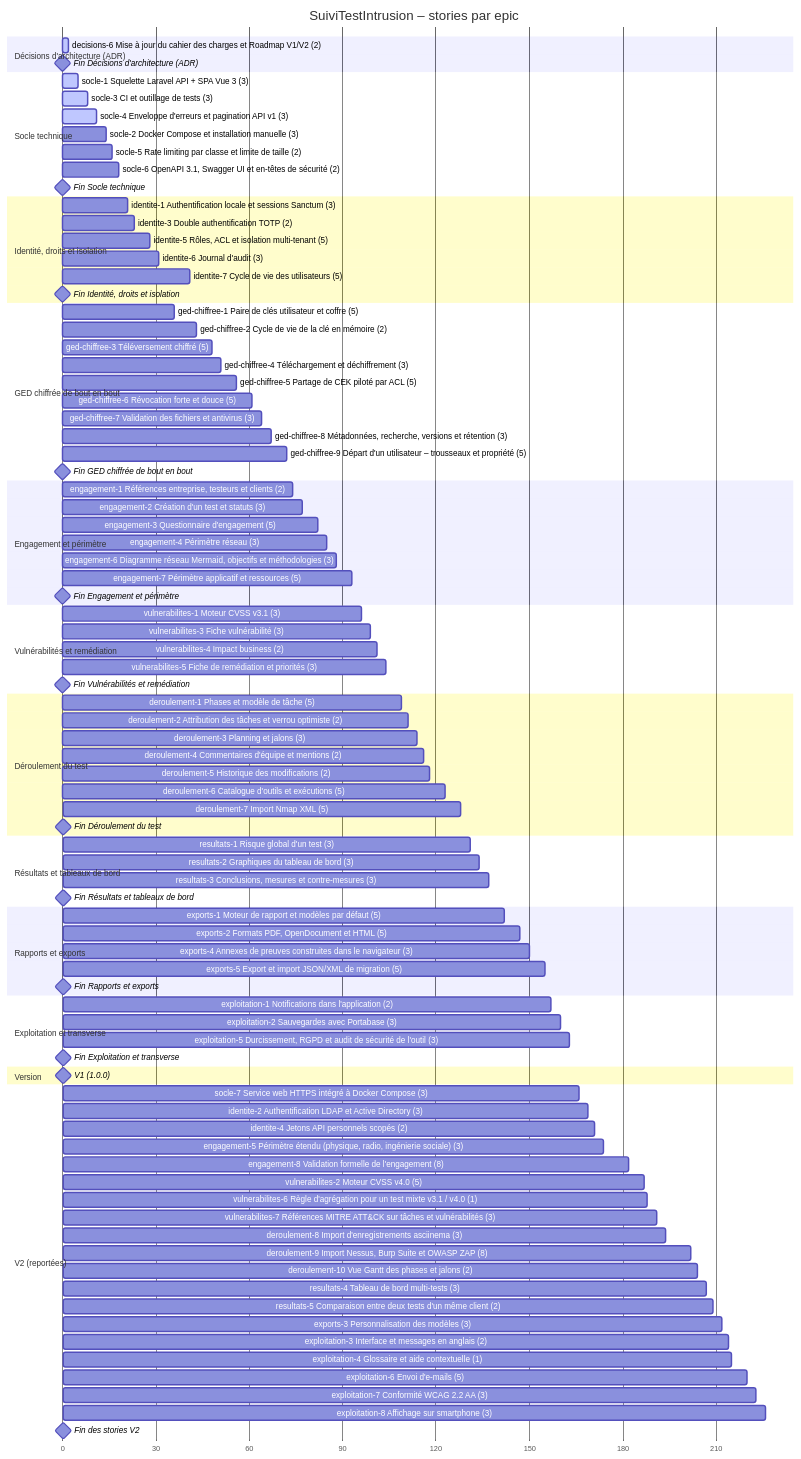
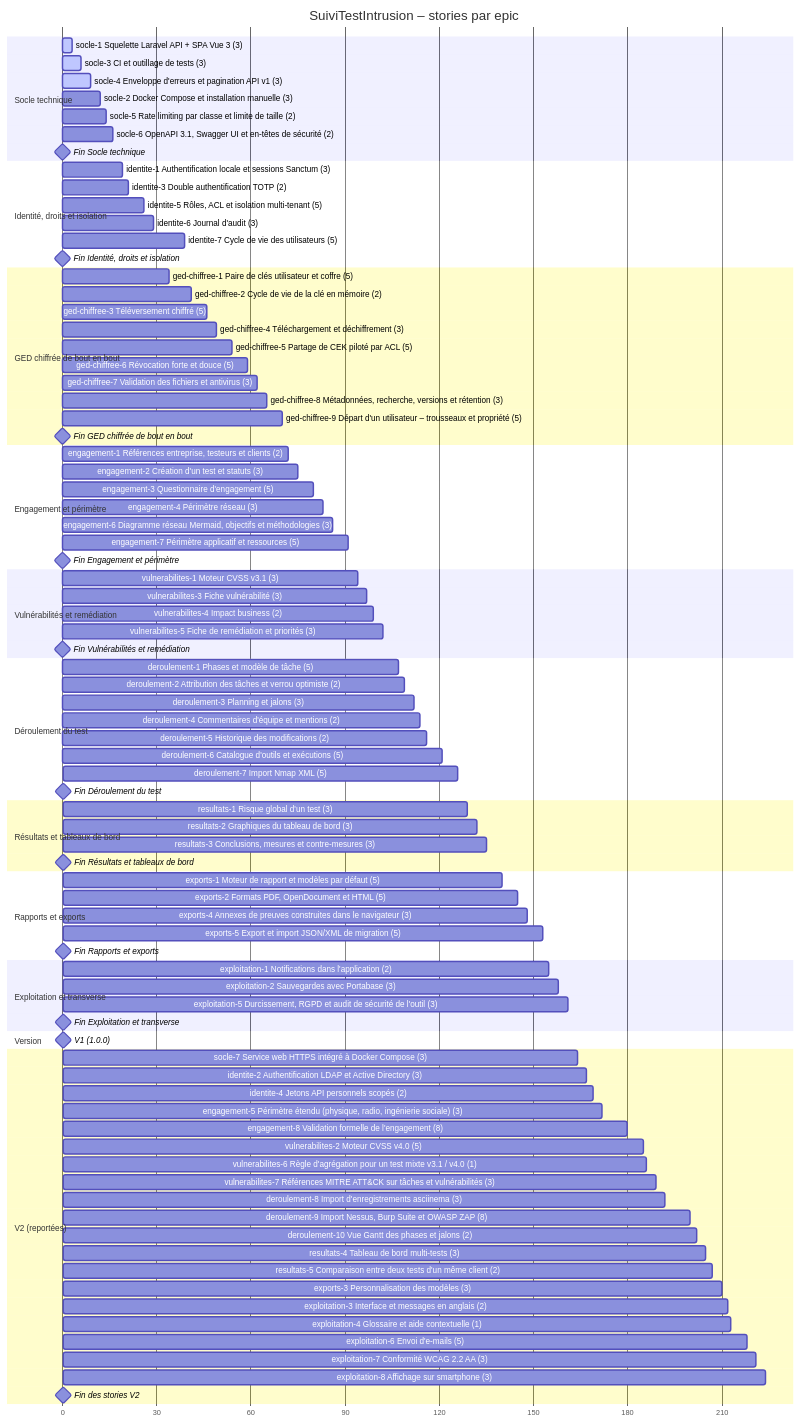
Before and after one commit to ILPlais/SuiviTestIntrusion: the second of 2 diagrams in docs/20-29 Développement/22 Planification/22.01 Planification du développement.md, drawn with Mermaid. The commit also changed other lines of this file and 5 other files, not shown here.

````diff
--- a/docs/20-29 Développement/22 Planification/22.01 Planification du développement.md
+++ b/docs/20-29 Développement/22 Planification/22.01 Planification du développement.md
@@ -76,95 +75,92 @@
     title SuiviTestIntrusion – stories par epic
     dateFormat X
     axisFormat %s
-    section Décisions d'architecture (ADR)
-    decisions-6 Mise à jour du cahier des charges et Roadmap V1/V2 (2) :active, decisions_6, 0, 2
-    Fin Décisions d'architecture (ADR) :milestone, m_decisions, 2, 0d
     section Socle technique
-    socle-1 Squelette Laravel API + SPA Vue 3 (3) :active, socle_1, 2, 5
-    socle-3 CI et outillage de tests (3) :active, socle_3, 5, 8
-    socle-4 Enveloppe d'erreurs et pagination API v1 (3) :active, socle_4, 8, 11
-    socle-2 Docker Compose et installation manuelle (3) :socle_2, 11, 14
-    socle-5 Rate limiting par classe et limite de taille (2) :socle_5, 14, 16
-    socle-6 OpenAPI 3.1, Swagger UI et en-têtes de sécurité (2) :socle_6, 16, 18
-    Fin Socle technique :milestone, m_socle, 18, 0d
+    socle-1 Squelette Laravel API + SPA Vue 3 (3) :active, socle_1, 0, 3
+    socle-3 CI et outillage de tests (3) :active, socle_3, 3, 6
+    socle-4 Enveloppe d'erreurs et pagination API v1 (3) :active, socle_4, 6, 9
+    socle-2 Docker Compose et installation manuelle (3) :socle_2, 9, 12
+    socle-5 Rate limiting par classe et limite de taille (2) :socle_5, 12, 14
+    socle-6 OpenAPI 3.1, Swagger UI et en-têtes de sécurité (2) :socle_6, 14, 16
+    Fin Socle technique :milestone, m_socle, 16, 0d
     section Identité, droits et isolation
-    identite-1 Authentification locale et sessions Sanctum (3) :identite_1, 18, 21
-    identite-3 Double authentification TOTP (2) :identite_3, 21, 23
-    identite-5 Rôles, ACL et isolation multi-tenant (5) :identite_5, 23, 28
-    identite-6 Journal d'audit (3) :identite_6, 28, 31
-    identite-7 Cycle de vie des utilisateurs (5) :identite_7, 36, 41
-    Fin Identité, droits et isolation :milestone, m_identite, 41, 0d
+    identite-1 Authentification locale et sessions Sanctum (3) :identite_1, 16, 19
+    identite-3 Double authentification TOTP (2) :identite_3, 19, 21
+    identite-5 Rôles, ACL et isolation multi-tenant (5) :identite_5, 21, 26
+    identite-6 Journal d'audit (3) :identite_6, 26, 29
+    identite-7 Cycle de vie des utilisateurs (5) :identite_7, 34, 39
+    Fin Identité, droits et isolation :milestone, m_identite, 39, 0d
     section GED chiffrée de bout en bout
-    ged-chiffree-1 Paire de clés utilisateur et coffre (5) :ged_chiffree_1, 31, 36
-    ged-chiffree-2 Cycle de vie de la clé en mémoire (2) :ged_chiffree_2, 41, 43
-    ged-chiffree-3 Téléversement chiffré (5) :ged_chiffree_3, 43, 48
-    ged-chiffree-4 Téléchargement et déchiffrement (3) :ged_chiffree_4, 48, 51
-    ged-chiffree-5 Partage de CEK piloté par ACL (5) :ged_chiffree_5, 51, 56
-    ged-chiffree-6 Révocation forte et douce (5) :ged_chiffree_6, 56, 61
-    ged-chiffree-7 Validation des fichiers et antivirus (3) :ged_chiffree_7, 61, 64
-    ged-chiffree-8 Métadonnées, recherche, versions et rétention (3) :ged_chiffree_8, 64, 67
-    ged-chiffree-9 Départ d'un utilisateur – trousseaux et propriété (5) :ged_chiffree_9, 67, 72
-    Fin GED chiffrée de bout en bout :milestone, m_ged_chiffree, 72, 0d
+    ged-chiffree-1 Paire de clés utilisateur et coffre (5) :ged_chiffree_1, 29, 34
+    ged-chiffree-2 Cycle de vie de la clé en mémoire (2) :ged_chiffree_2, 39, 41
+    ged-chiffree-3 Téléversement chiffré (5) :ged_chiffree_3, 41, 46
+    ged-chiffree-4 Téléchargement et déchiffrement (3) :ged_chiffree_4, 46, 49
+    ged-chiffree-5 Partage de CEK piloté par ACL (5) :ged_chiffree_5, 49, 54
+    ged-chiffree-6 Révocation forte et douce (5) :ged_chiffree_6, 54, 59
+    ged-chiffree-7 Validation des fichiers et antivirus (3) :ged_chiffree_7, 59, 62
+    ged-chiffree-8 Métadonnées, recherche, versions et rétention (3) :ged_chiffree_8, 62, 65
+    ged-chiffree-9 Départ d'un utilisateur – trousseaux et propriété (5) :ged_chiffree_9, 65, 70
+    Fin GED chiffrée de bout en bout :milestone, m_ged_chiffree, 70, 0d
     section Engagement et périmètre
-    engagement-1 Références entreprise, testeurs et clients (2) :engagement_1, 72, 74
-    engagement-2 Création d'un test et statuts (3) :engagement_2, 74, 77
-    engagement-3 Questionnaire d'engagement (5) :engagement_3, 77, 82
-    engagement-4 Périmètre réseau (3) :engagement_4, 82, 85
-    engagement-6 Diagramme réseau Mermaid, objectifs et méthodologies (3) :engagement_6, 85, 88
-    engagement-7 Périmètre applicatif et ressources (5) :engagement_7, 88, 93
-    Fin Engagement et périmètre :milestone, m_engagement, 93, 0d
+    engagement-1 Références entreprise, testeurs et clients (2) :engagement_1, 70, 72
+    engagement-2 Création d'un test et statuts (3) :engagement_2, 72, 75
+    engagement-3 Questionnaire d'engagement (5) :engagement_3, 75, 80
+    engagement-4 Périmètre réseau (3) :engagement_4, 80, 83
+    engagement-6 Diagramme réseau Mermaid, objectifs et méthodologies (3) :engagement_6, 83, 86
+    engagement-7 Périmètre applicatif et ressources (5) :engagement_7, 86, 91
+    Fin Engagement et périmètre :milestone, m_engagement, 91, 0d
     section Vulnérabilités et remédiation
-    vulnerabilites-1 Moteur CVSS v3.1 (3) :vulnerabilites_1, 93, 96
-    vulnerabilites-3 Fiche vulnérabilité (3) :vulnerabilites_3, 96, 99
-    vulnerabilites-4 Impact business (2) :vulnerabilites_4, 99, 101
-    vulnerabilites-5 Fiche de remédiation et priorités (3) :vulnerabilites_5, 101, 104
-    Fin Vulnérabilités et remédiation :milestone, m_vulnerabilites, 104, 0d
+    vulnerabilites-1 Moteur CVSS v3.1 (3) :vulnerabilites_1, 91, 94
+    vulnerabilites-3 Fiche vulnérabilité (3) :vulnerabilites_3, 94, 97
+    vulnerabilites-4 Impact business (2) :vulnerabilites_4, 97, 99
+    vulnerabilites-5 Fiche de remédiation et priorités (3) :vulnerabilites_5, 99, 102
+    Fin Vulnérabilités et remédiation :milestone, m_vulnerabilites, 102, 0d
     section Déroulement du test
-    deroulement-1 Phases et modèle de tâche (5) :deroulement_1, 104, 109
-    deroulement-2 Attribution des tâches et verrou optimiste (2) :deroulement_2, 109, 111
-    deroulement-3 Planning et jalons (3) :deroulement_3, 111, 114
-    deroulement-4 Commentaires d'équipe et mentions (2) :deroulement_4, 114, 116
-    deroulement-5 Historique des modifications (2) :deroulement_5, 116, 118
-    deroulement-6 Catalogue d'outils et exécutions (5) :deroulement_6, 118, 123
-    deroulement-7 Import Nmap XML (5) :deroulement_7, 123, 128
-    Fin Déroulement du test :milestone, m_deroulement, 128, 0d
+    deroulement-1 Phases et modèle de tâche (5) :deroulement_1, 102, 107
+    deroulement-2 Attribution des tâches et verrou optimiste (2) :deroulement_2, 107, 109
+    deroulement-3 Planning et jalons (3) :deroulement_3, 109, 112
+    deroulement-4 Commentaires d'équipe et mentions (2) :deroulement_4, 112, 114
+    deroulement-5 Historique des modifications (2) :deroulement_5, 114, 116
+    deroulement-6 Catalogue d'outils et exécutions (5) :deroulement_6, 116, 121
+    deroulement-7 Import Nmap XML (5) :deroulement_7, 121, 126
+    Fin Déroulement du test :milestone, m_deroulement, 126, 0d
     section Résultats et tableaux de bord
-    resultats-1 Risque global d'un test (3) :resultats_1, 128, 131
-    resultats-2 Graphiques du tableau de bord (3) :resultats_2, 131, 134
-    resultats-3 Conclusions, mesures et contre-mesures (3) :resultats_3, 134, 137
-    Fin Résultats et tableaux de bord :milestone, m_resultats, 137, 0d
+    resultats-1 Risque global d'un test (3) :resultats_1, 126, 129
+    resultats-2 Graphiques du tableau de bord (3) :resultats_2, 129, 132
+    resultats-3 Conclusions, mesures et contre-mesures (3) :resultats_3, 132, 135
+    Fin Résultats et tableaux de bord :milestone, m_resultats, 135, 0d
     section Rapports et exports
-    exports-1 Moteur de rapport et modèles par défaut (5) :exports_1, 137, 142
-    exports-2 Formats PDF, OpenDocument et HTML (5) :exports_2, 142, 147
-    exports-4 Annexes de preuves construites dans le navigateur (3) :exports_4, 147, 150
-    exports-5 Export et import JSON/XML de migration (5) :exports_5, 150, 155
-    Fin Rapports et exports :milestone, m_exports, 155, 0d
+    exports-1 Moteur de rapport et modèles par défaut (5) :exports_1, 135, 140
+    exports-2 Formats PDF, OpenDocument et HTML (5) :exports_2, 140, 145
+    exports-4 Annexes de preuves construites dans le navigateur (3) :exports_4, 145, 148
+    exports-5 Export et import JSON/XML de migration (5) :exports_5, 148, 153
+    Fin Rapports et exports :milestone, m_exports, 153, 0d
     section Exploitation et transverse
-    exploitation-1 Notifications dans l'application (2) :exploitation_1, 155, 157
-    exploitation-2 Sauvegardes avec Portabase (3) :exploitation_2, 157, 160
-    exploitation-5 Durcissement, RGPD et audit de sécurité de l'outil (3) :exploitation_5, 160, 163
-    Fin Exploitation et transverse :milestone, m_exploitation, 163, 0d
+    exploitation-1 Notifications dans l'application (2) :exploitation_1, 153, 155
+    exploitation-2 Sauvegardes avec Portabase (3) :exploitation_2, 155, 158
+    exploitation-5 Durcissement, RGPD et audit de sécurité de l'outil (3) :exploitation_5, 158, 161
+    Fin Exploitation et transverse :milestone, m_exploitation, 161, 0d
     section Version
-    V1 (1.0.0) :milestone, v1d, 163, 0d
+    V1 (1.0.0) :milestone, v1d, 161, 0d
     section V2 (reportées)
-    socle-7 Service web HTTPS intégré à Docker Compose (3) :socle_7, 163, 166
-    identite-2 Authentification LDAP et Active Directory (3) :identite_2, 166, 169
-    identite-4 Jetons API personnels scopés (2) :identite_4, 169, 171
-    engagement-5 Périmètre étendu (physique, radio, ingénierie sociale) (3) :engagement_5, 171, 174
-    engagement-8 Validation formelle de l'engagement (8) :engagement_8, 174, 182
-    vulnerabilites-2 Moteur CVSS v4.0 (5) :vulnerabilites_2, 182, 187
-    vulnerabilites-6 Règle d'agrégation pour un test mixte v3.1 / v4.0 (1) :vulnerabilites_6, 187, 188
-    vulnerabilites-7 Références MITRE ATT&CK sur tâches et vulnérabilités (3) :vulnerabilites_7, 188, 191
-    deroulement-8 Import d'enregistrements asciinema (3) :deroulement_8, 191, 194
-    deroulement-9 Import Nessus, Burp Suite et OWASP ZAP (8) :deroulement_9, 194, 202
-    deroulement-10 Vue Gantt des phases et jalons (2) :deroulement_10, 202, 204
-    resultats-4 Tableau de bord multi-tests (3) :resultats_4, 204, 207
-    resultats-5 Comparaison entre deux tests d'un même client (2) :resultats_5, 207, 209
-    exports-3 Personnalisation des modèles (3) :exports_3, 209, 212
-    exploitation-3 Interface et messages en anglais (2) :exploitation_3, 212, 214
-    exploitation-4 Glossaire et aide contextuelle (1) :exploitation_4, 214, 215
-    exploitation-6 Envoi d'e-mails (5) :exploitation_6, 215, 220
-    exploitation-7 Conformité WCAG 2.2 AA (3) :exploitation_7, 220, 223
-    exploitation-8 Affichage sur smartphone (3) :exploitation_8, 223, 226
-    Fin des stories V2 :milestone, v2d, 226, 0d
+    socle-7 Service web HTTPS intégré à Docker Compose (3) :socle_7, 161, 164
+    identite-2 Authentification LDAP et Active Directory (3) :identite_2, 164, 167
+    identite-4 Jetons API personnels scopés (2) :identite_4, 167, 169
+    engagement-5 Périmètre étendu (physique, radio, ingénierie sociale) (3) :engagement_5, 169, 172
+    engagement-8 Validation formelle de l'engagement (8) :engagement_8, 172, 180
+    vulnerabilites-2 Moteur CVSS v4.0 (5) :vulnerabilites_2, 180, 185
+    vulnerabilites-6 Règle d'agrégation pour un test mixte v3.1 / v4.0 (1) :vulnerabilites_6, 185, 186
+    vulnerabilites-7 Références MITRE ATT&CK sur tâches et vulnérabilités (3) :vulnerabilites_7, 186, 189
+    deroulement-8 Import d'enregistrements asciinema (3) :deroulement_8, 189, 192
+    deroulement-9 Import Nessus, Burp Suite et OWASP ZAP (8) :deroulement_9, 192, 200
+    deroulement-10 Vue Gantt des phases et jalons (2) :deroulement_10, 200, 202
+    resultats-4 Tableau de bord multi-tests (3) :resultats_4, 202, 205
+    resultats-5 Comparaison entre deux tests d'un même client (2) :resultats_5, 205, 207
+    exports-3 Personnalisation des modèles (3) :exports_3, 207, 210
+    exploitation-3 Interface et messages en anglais (2) :exploitation_3, 210, 212
+    exploitation-4 Glossaire et aide contextuelle (1) :exploitation_4, 212, 213
+    exploitation-6 Envoi d'e-mails (5) :exploitation_6, 213, 218
+    exploitation-7 Conformité WCAG 2.2 AA (3) :exploitation_7, 218, 221
+    exploitation-8 Affichage sur smartphone (3) :exploitation_8, 221, 224
+    Fin des stories V2 :milestone, v2d, 224, 0d
 ```
````
